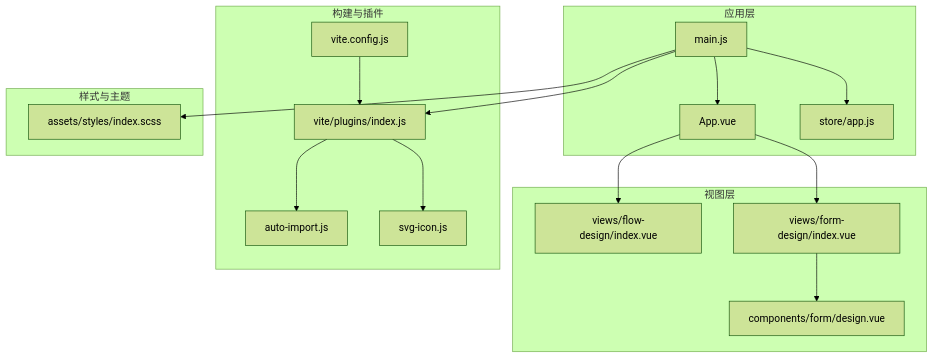
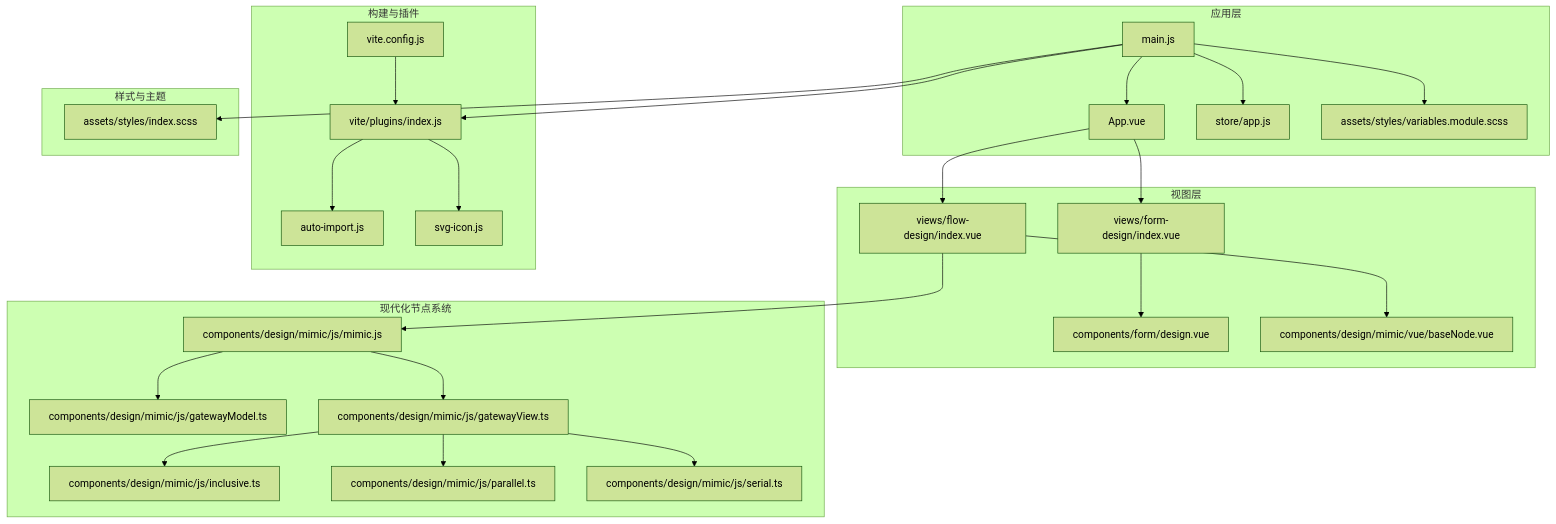
The second of 13 diagrams in .qoder/repowiki/zh/content/可视化设计器/设计器架构设计.md (dromara/warm-flow), drawn with Mermaid (forest theme) before and after one commit. The commit also changed other lines of this file and 18 other files, not shown here.

````diff
--- a/.qoder/repowiki/zh/content/可视化设计器/设计器架构设计.md
+++ b/.qoder/repowiki/zh/content/可视化设计器/设计器架构设计.md
@@ -101,32 +147,50 @@
 ```mermaid
 graph TB
 subgraph "应用层"
 M["main.js"]
 A["App.vue"]
 S["store/app.js"]
+V["assets/styles/variables.module.scss"]
 end
 subgraph "视图层"
 FD["views/flow-design/index.vue"]
 FM["views/form-design/index.vue"]
 FC["components/form/design.vue"]
+BN["components/design/mimic/vue/baseNode.vue"]
 end
 subgraph "构建与插件"
 VC["vite.config.js"]
 PF["vite/plugins/index.js"]
 AI["auto-import.js"]
 SI["svg-icon.js"]
 end
 subgraph "样式与主题"
 ST["assets/styles/index.scss"]
 end
+subgraph "现代化节点系统"
+MG["components/design/mimic/js/mimic.js"]
+GM["components/design/mimic/js/gatewayModel.ts"]
+GV["components/design/mimic/js/gatewayView.ts"]
+IG["components/design/mimic/js/inclusive.ts"]
+PG["components/design/mimic/js/parallel.ts"]
+SG["components/design/mimic/js/serial.ts"]
+end
 M --> A
 A --> FD
 A --> FM
 FM --> FC
 M --> PF
 PF --> AI
 PF --> SI
 M --> ST
 M --> S
+M --> V
 VC --> PF
+FD --> MG
+MG --> GM
+MG --> GV
+GV --> IG
+GV --> PG
+GV --> SG
+FD --> BN
 ```
````
